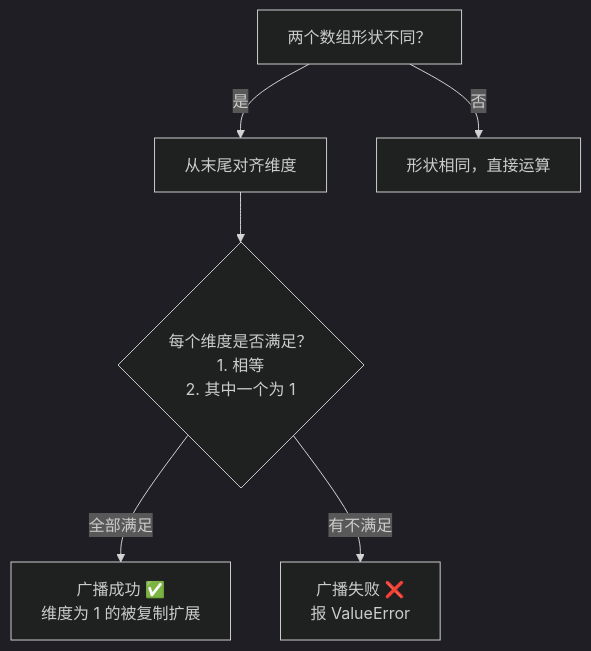
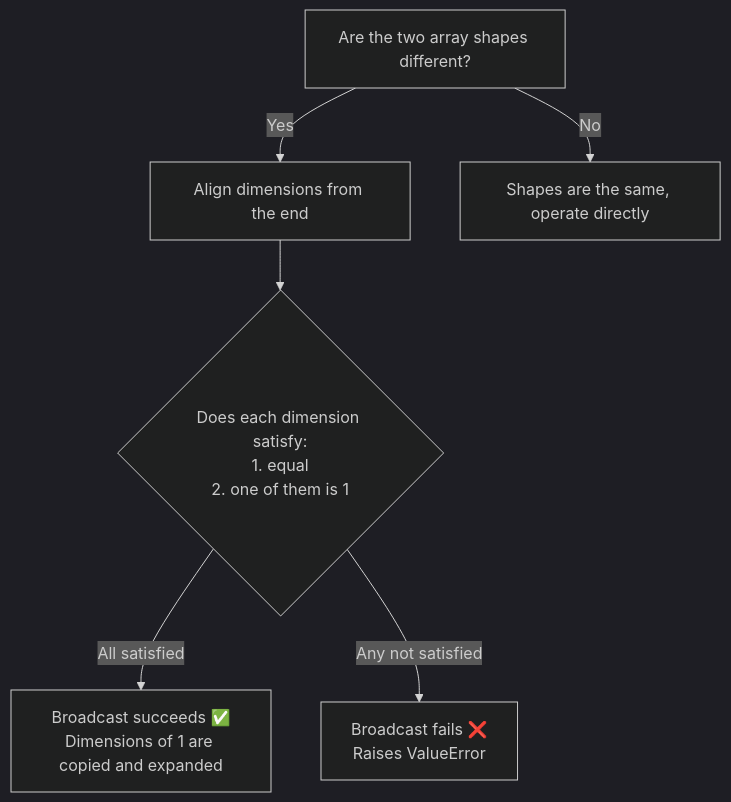
The diagram in docs/ch03-data-analysis/ch02-numpy/04-operations.md (oudbiao/AI-fullstack-course), drawn with Mermaid (dark theme) before and after one commit. The commit also changed other lines of this file and 1406 other files, not shown here.

````diff
--- a/docs/ch03-data-analysis/ch02-numpy/04-operations.md
+++ b/docs/ch03-data-analysis/ch02-numpy/04-operations.md
@@ -203,8 +203,8 @@
 ```mermaid
 flowchart TD
-    A["两个数组形状不同？"] -->|是| B["从末尾对齐维度"]
-    B --> C{"每个维度是否满足？<br/>1. 相等<br/>2. 其中一个为 1"}
-    C -->|全部满足| D["广播成功 ✅<br/>维度为 1 的被复制扩展"]
-    C -->|有不满足| E["广播失败 ❌<br/>报 ValueError"]
-    A -->|否| F["形状相同，直接运算"]
+    A["Are the two array shapes different?"] -->|Yes| B["Align dimensions from the end"]
+    B --> C{"Does each dimension satisfy:<br/>1. equal<br/>2. one of them is 1"}
+    C -->|All satisfied| D["Broadcast succeeds ✅<br/>Dimensions of 1 are copied and expanded"]
+    C -->|Any not satisfied| E["Broadcast fails ❌<br/>Raises ValueError"]
+    A -->|No| F["Shapes are the same, operate directly"]
 ```
````
